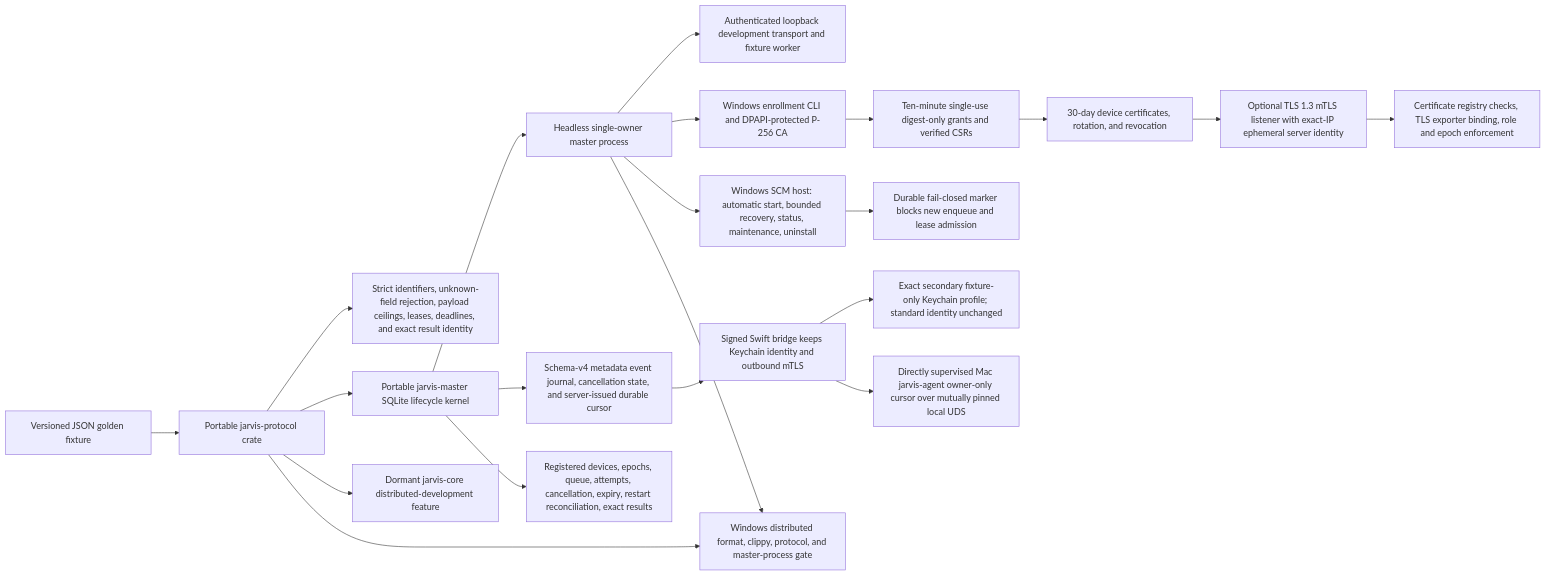
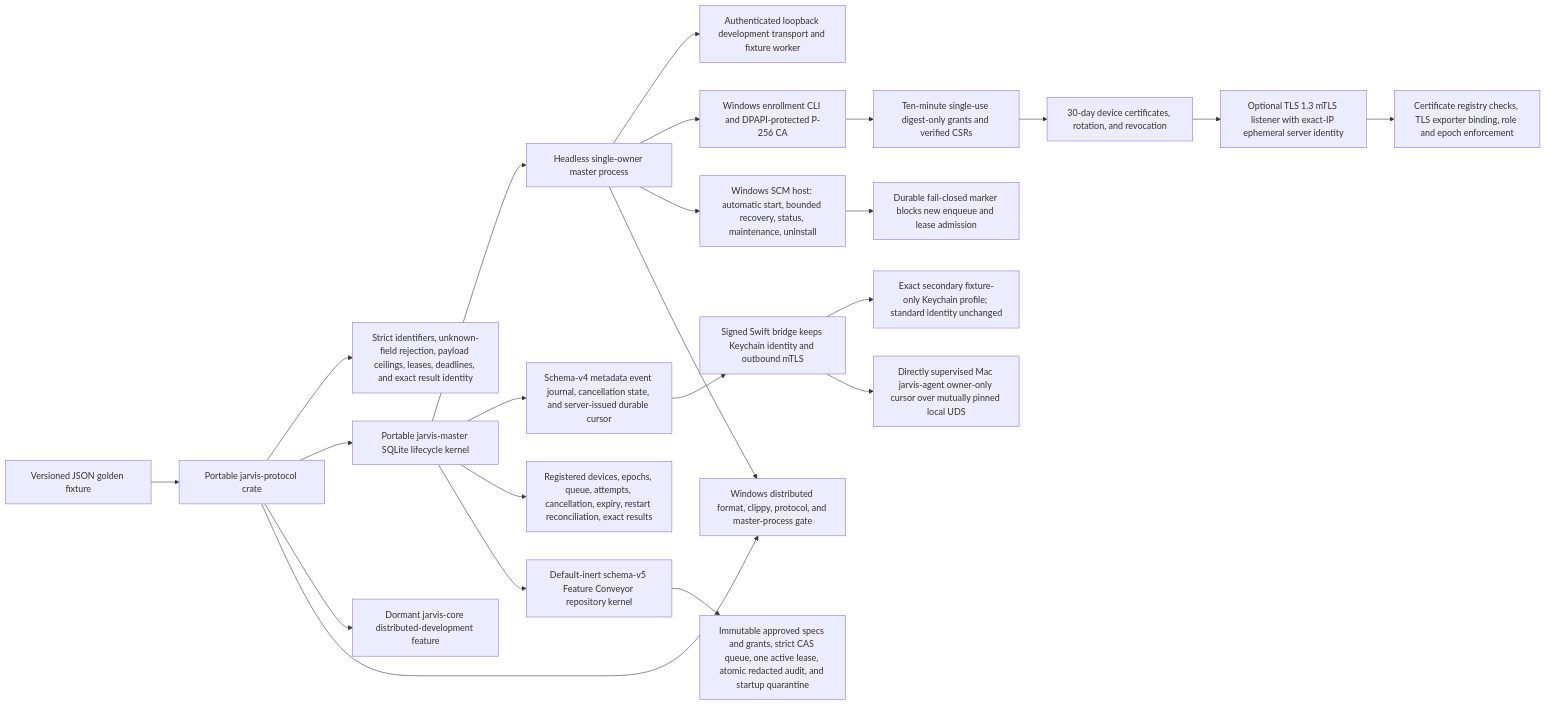
Before and after one commit to malak333/Assemblywright: the first of 18 diagrams in docs/architecture-map.md, drawn with Mermaid. The commit also changed other lines of this file and 14 other files, not shown here.

Commit message:
Implement Feature Conveyor master kernel

````diff
--- a/docs/architecture-map.md
+++ b/docs/architecture-map.md
@@ -7,23 +7,25 @@
 ```mermaid
 flowchart LR
   Fixture["Versioned JSON golden fixture"] --> Protocol["Portable jarvis-protocol crate"]
   Protocol --> Bounds["Strict identifiers, unknown-field rejection, payload ceilings, leases, deadlines, and exact result identity"]
   Protocol --> Master["Portable jarvis-master SQLite lifecycle kernel"]
   Master --> Process["Headless single-owner master process"]
   Process --> Local["Authenticated loopback development transport and fixture worker"]
   Process --> Identity["Windows enrollment CLI and DPAPI-protected P-256 CA"]
   Identity --> Grants["Ten-minute single-use digest-only grants and verified CSRs"]
   Grants --> Certificates["30-day device certificates, rotation, and revocation"]
   Certificates --> Remote["Optional TLS 1.3 mTLS listener with exact-IP ephemeral server identity"]
   Remote --> Binding["Certificate registry checks, TLS exporter binding, role and epoch enforcement"]
   Master --> Events["Schema-v4 metadata event journal, cancellation state, and server-issued durable cursor"]
   Events --> Helper["Signed Swift bridge keeps Keychain identity and outbound mTLS"]
   Helper --> FixtureIdentity["Exact secondary fixture-only Keychain profile; standard identity unchanged"]
   Helper --> Agent["Directly supervised Mac jarvis-agent owner-only cursor over mutually pinned local UDS"]
   Process --> Service["Windows SCM host: automatic start, bounded recovery, status, maintenance, uninstall"]
   Service --> Maintenance["Durable fail-closed marker blocks new enqueue and lease admission"]
   Master --> Durable["Registered devices, epochs, queue, attempts, cancellation, expiry, restart reconciliation, exact results"]
+  Master --> Conveyor["Default-inert schema-v5 Feature Conveyor repository kernel"]
+  Conveyor --> ConveyorSafety["Immutable approved specs and grants, strict CAS queue, one active lease, atomic redacted audit, and startup quarantine"]
   Protocol --> Feature["Dormant jarvis-core distributed-development feature"]
   Protocol --> Windows["Windows distributed format, clippy, protocol, and master-process gate"]
   Process --> Windows
 ```
````
